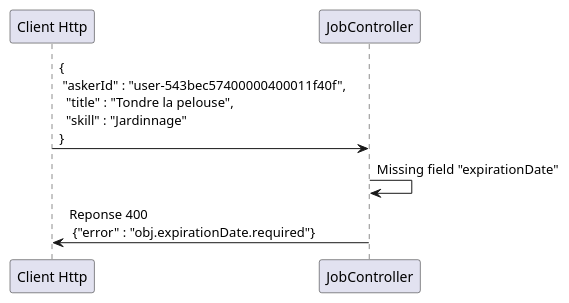
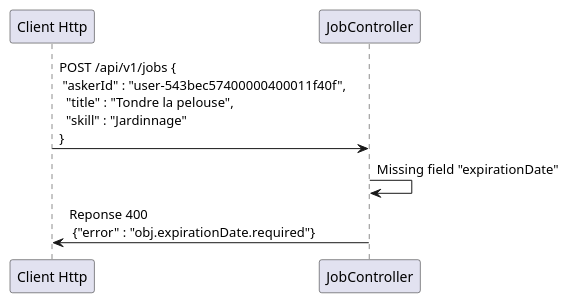
Before and after one commit to CQRSESCQFD/slides: the diagram in schemas/1-from-http-to-command-missing-field.puml, drawn with PlantUML. The commit also changed 8 other files, not shown here.

```diff
--- a/schemas/1-from-http-to-command-missing-field.puml
+++ b/schemas/1-from-http-to-command-missing-field.puml
@@ -1,11 +1,11 @@
 @startuml
 
 participant "Client Http"
 participant JobController
 
-"Client Http"-> JobController : {\n "askerId" : "user-543bec57400000400011f40f",  \n  "title" : "Tondre la pelouse", \n  "skill" : "Jardinnage" \n}
+"Client Http"-> JobController : POST /api/v1/jobs {\n "askerId" : "user-543bec57400000400011f40f",  \n  "title" : "Tondre la pelouse", \n  "skill" : "Jardinnage" \n}
 
 JobController->JobController : Missing field "expirationDate"
 JobController -> "Client Http" : Reponse 400  \n {"error" : "obj.expirationDate.required"}
 
 @enduml
```
